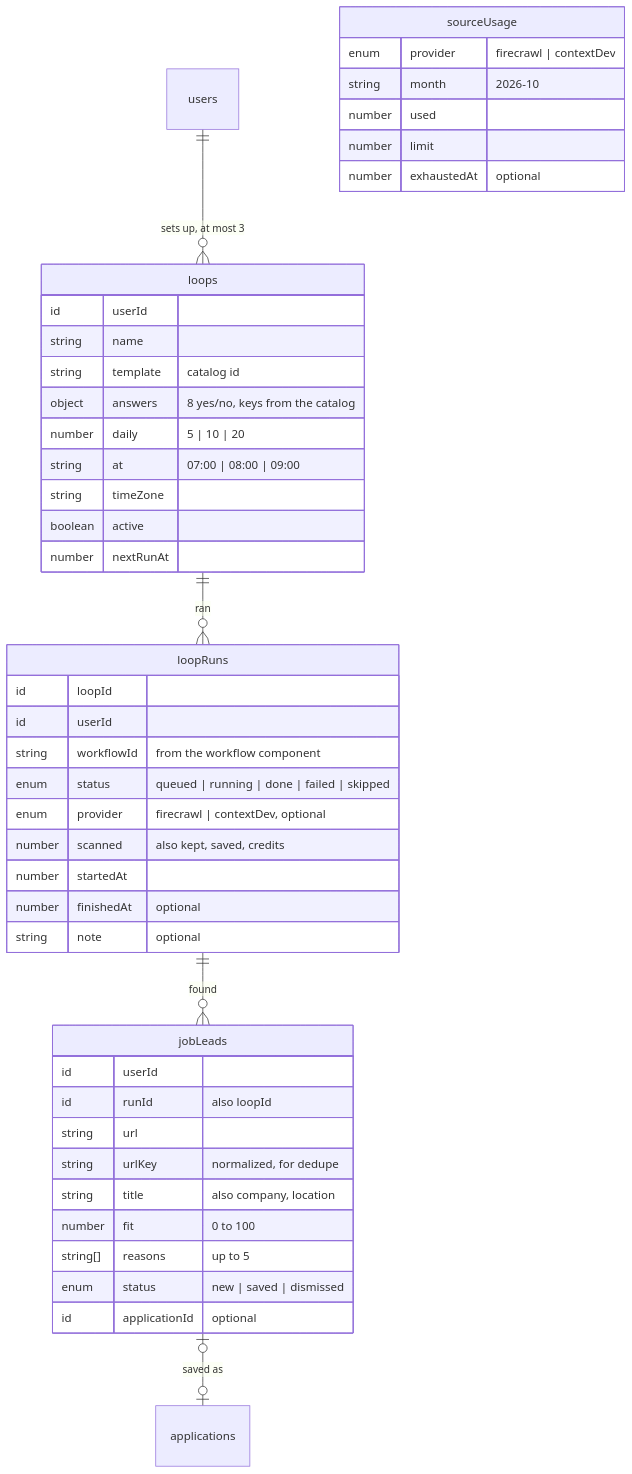
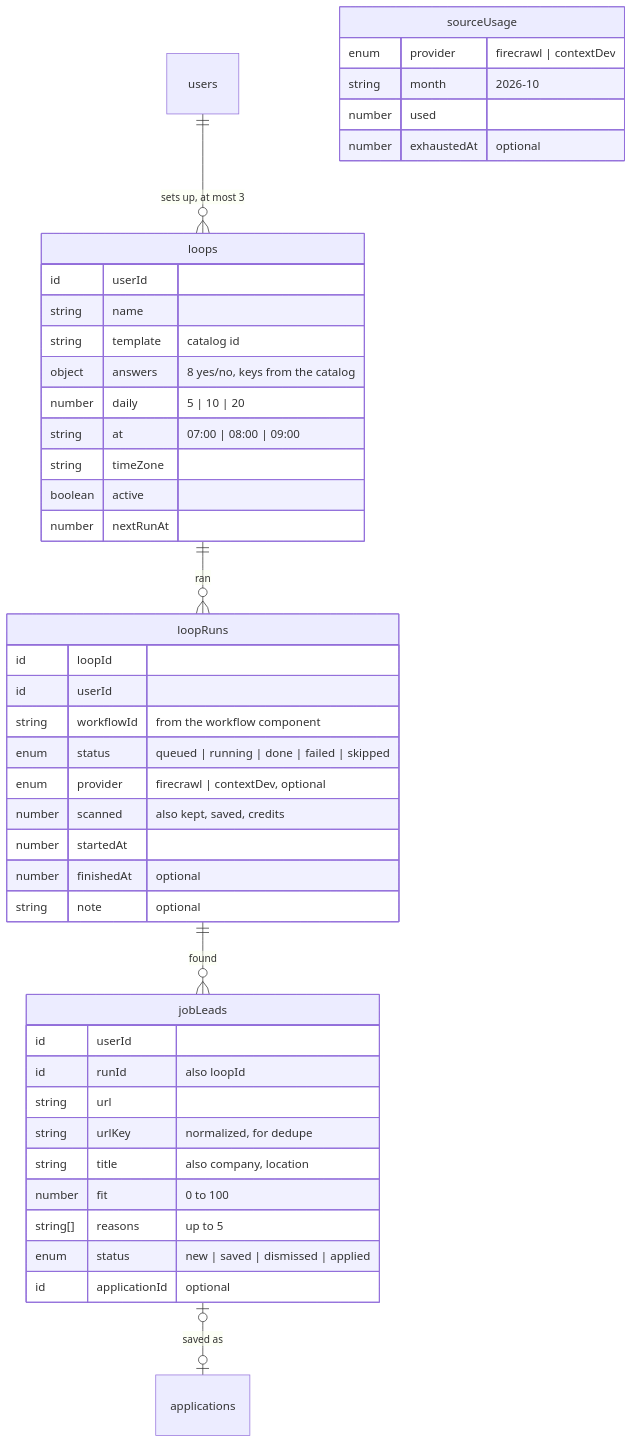
The seventh of 9 diagrams in docs/database-design.md (saranatour1/job-tracking-helper), drawn with Mermaid before and after one commit. The commit also changed other lines of this file and 40 other files, not shown here.

````diff
--- a/docs/database-design.md
+++ b/docs/database-design.md
@@ -348,48 +348,47 @@
 ```mermaid
 erDiagram
     users ||--o{ loops : "sets up, at most 3"
     loops ||--o{ loopRuns : "ran"
     loopRuns ||--o{ jobLeads : "found"
     jobLeads |o--o| applications : "saved as"
 
     loops {
         id userId
         string name
         string template "catalog id"
         object answers "8 yes/no, keys from the catalog"
         number daily "5 | 10 | 20"
         string at "07:00 | 08:00 | 09:00"
         string timeZone
         boolean active
         number nextRunAt
     }
     loopRuns {
         id loopId
         id userId
         string workflowId "from the workflow component"
         enum status "queued | running | done | failed | skipped"
         enum provider "firecrawl | contextDev, optional"
         number scanned "also kept, saved, credits"
         number startedAt
         number finishedAt "optional"
         string note "optional"
     }
     jobLeads {
         id userId
         id runId "also loopId"
         string url
         string urlKey "normalized, for dedupe"
         string title "also company, location"
         number fit "0 to 100"
         string[] reasons "up to 5"
-        enum status "new | saved | dismissed"
+        enum status "new | saved | dismissed | applied"
         id applicationId "optional"
     }
     sourceUsage {
         enum provider "firecrawl | contextDev"
         string month "2026-10"
         number used
-        number limit
         number exhaustedAt "optional"
     }
 ```
````
